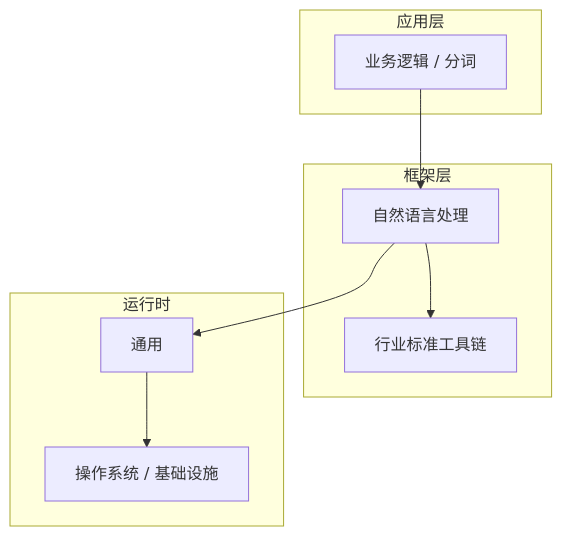
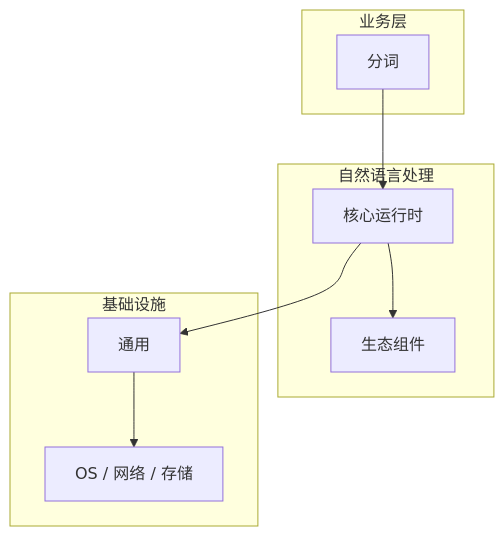
The diagram in articles/自然语言处理/chapters/013-分词核心概念与原理.md (yanggan2015/knowledge-json-v2), drawn with Mermaid before and after one commit. The commit also changed other lines of this file and 10127 other files, not shown here.

````diff
--- a/articles/自然语言处理/chapters/013-分词核心概念与原理.md
+++ b/articles/自然语言处理/chapters/013-分词核心概念与原理.md
@@ -45,18 +30,18 @@
 ```mermaid
 graph TB
-    subgraph 应用层
-        A[业务逻辑 / 分词]
+    subgraph 业务层
+        A[分词]
     end
-    subgraph 框架层
-        B[自然语言处理]
-        C[行业标准工具链]
+    subgraph 自然语言处理
+        B[核心运行时]
+        C[生态组件]
     end
-    subgraph 运行时
+    subgraph 基础设施
         D[通用]
-        E[操作系统 / 基础设施]
+        E[OS / 网络 / 存储]
     end
     A --> B
     B --> C
     B --> D
     D --> E
 ```
````
